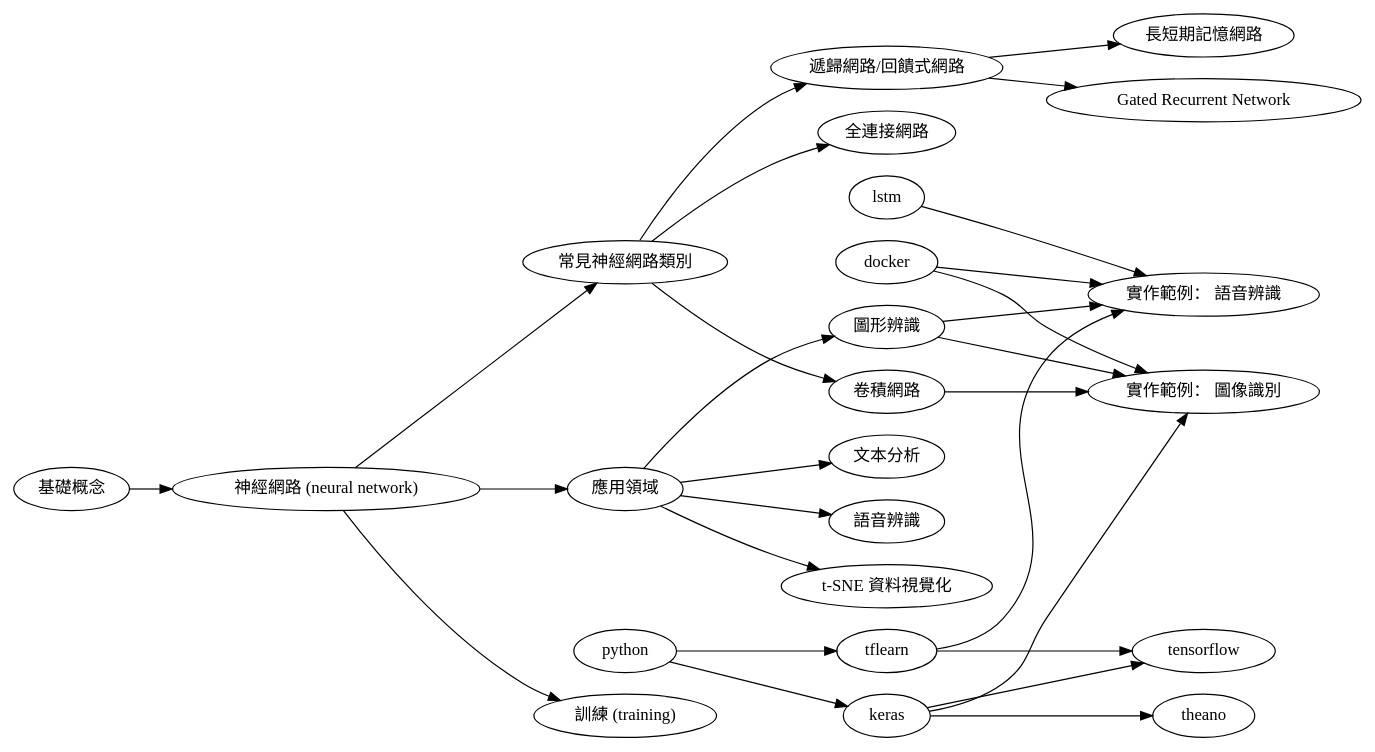
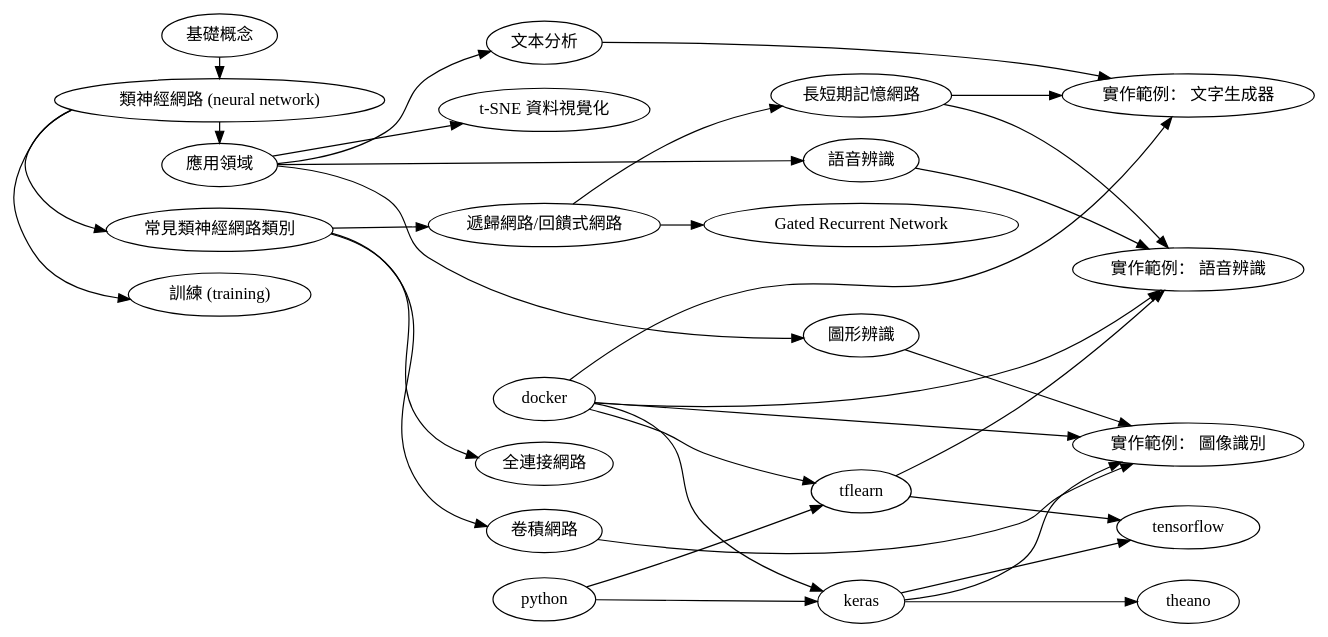
The diagram in a/m/17/ml-ge.dot (ckhung/ckhung.github.io), drawn with Graphviz before and after one commit. The commit also changed 1 other file, not shown here.

Commit message:
ml-ge: add docker, add links from apps

```diff
--- a/a/m/17/ml-ge.dot
+++ b/a/m/17/ml-ge.dot
@@ -1,56 +1,61 @@
 // dot -Tsvg study-map.dot > study-map.svg
 digraph "javascript 學習地圖" {
 
     rankdir = LR;
     overlap = scale;
 
 //    subgraph cluster0 {
 //	label="『javascript 第二語言急上手』";
 //	nodejs [ label="把 js 當成計算機" ];
 //	console [ label="瀏覽器的 console 招術" ];
 //	jshint [ label="風格工具 jshint/jscs" ];
 //
 //	nodejs -> { jshint console };
 //
 //	graph[ style=dotted ];
 //    };
 
     basics [ label="基礎概念" ];
-    neural_network [ label="神經網路 (neural network)" ];
+    neural_network [ label="類神經網路 (neural network)" ];
     training [ label="訓練 (training)" ];
-    network_types [ label="常見神經網路類別" ];
+    network_types [ label="常見類神經網路類別" ];
     applications [ label="應用領域" ];
+
+    {rank = same; basics; neural_network; training; network_types; applications; };
+
     image_labeling [ label="圖形辨識" ];
     text_analysis  [ label="文本分析" ];
     speech_recognition [ label="語音辨識" ];
     fully_connected_network [ label="全連接網路" ];
     convolutional_network [ label="卷積網路" ];
     recurrent_network [ label="遞歸網路/回饋式網路" ];
     lstm_network [ label="長短期記憶網路" ];
     gru_network [ label="Gated Recurrent Network" ];
     t_sne [ label="t-SNE 資料視覺化" ];
 
     basics -> neural_network -> training;
     neural_network -> applications -> {
 	image_labeling
 	text_analysis
 	speech_recognition
 	t_sne
     };
     neural_network -> network_types -> {
 	fully_connected_network
 	convolutional_network
 	recurrent_network
     };
     recurrent_network -> {
 	lstm_network
 	gru_network
     }
-    python -> { keras tflearn };
+    { docker python } -> { keras tflearn };
     tflearn -> tensorflow;
     keras -> { tensorflow theano };
     eg001 [ label="實作範例： 圖像識別"; ];
     { docker keras convolutional_network image_labeling } -> eg001;
     eg002 [ label="實作範例： 語音辨識"; ];
-    { docker tflearn lstm image_labeling } -> eg002;
+    { docker tflearn lstm_network speech_recognition } -> eg002;
+    eg003 [ label="實作範例： 文字生成器"; ];
+    { docker lstm_network text_analysis } -> eg003;
 }
```
